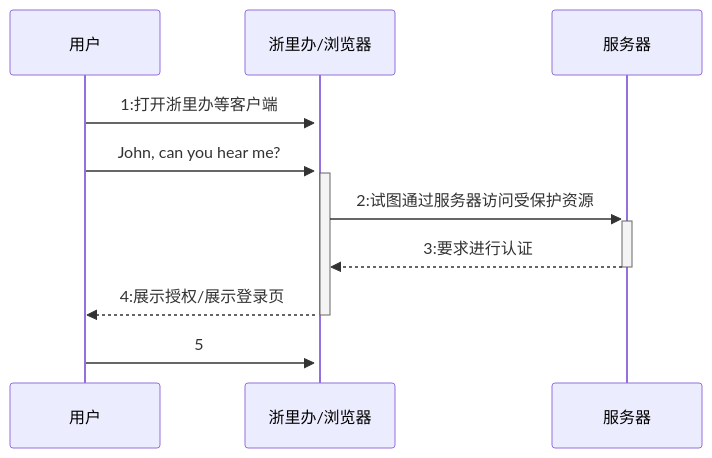
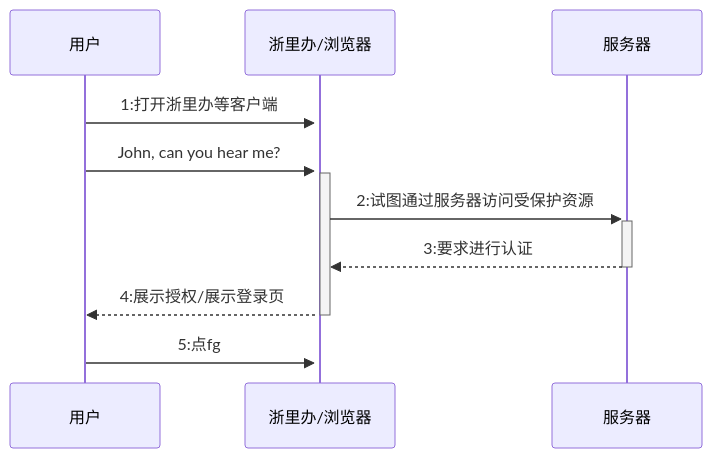
Before and after one commit to fifuntop/iodraw-files: the diagram in all/居民端时序图.md, drawn with Mermaid.

Commit message:
2024-03-14 14:56:34 update

````diff
--- a/all/居民端时序图.md
+++ b/all/居民端时序图.md
@@ -1,10 +1,10 @@
 ```mermaid
 sequenceDiagram
     用户->>+浙里办/浏览器: 1:打开浙里办等客户端
     用户->>+浙里办/浏览器: John, can you hear me?
     浙里办/浏览器->>+服务器: 2:试图通过服务器访问受保护资源
     服务器-->>-浙里办/浏览器: 3:要求进行认证
     浙里办/浏览器-->>-用户: 4:展示授权/展示登录页
-    用户->>+浙里办/浏览器: 5
+    用户->>+浙里办/浏览器: 5:点fg
             
 ```
````
